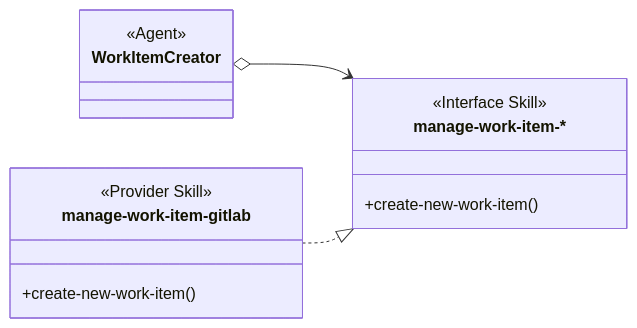
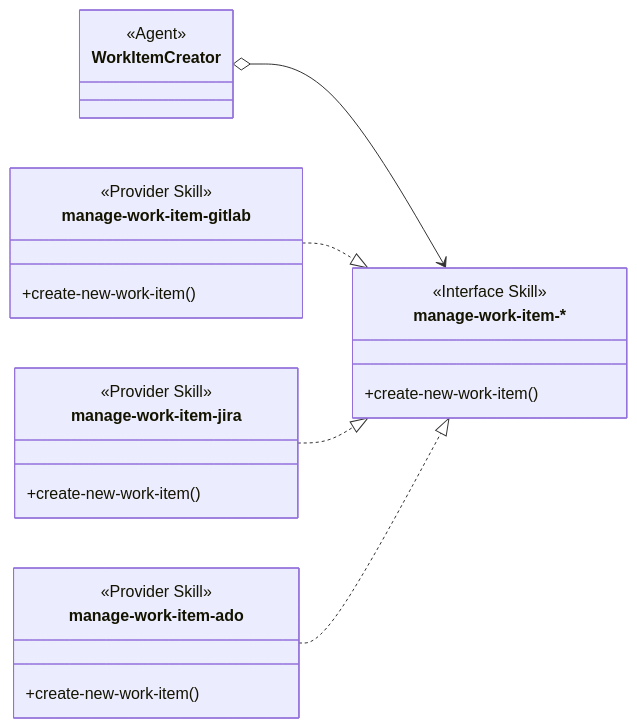
Before and after one commit to martinbechard/dev-methodology: the eighth of 16 diagrams in design/object-oriented-agent-and-skill-model.md, drawn with Mermaid. The commit also changed other lines of this file and 2 other files, not shown here.

Commit message:
docs: show alternative work-item providers

````diff
--- a/design/object-oriented-agent-and-skill-model.md
+++ b/design/object-oriented-agent-and-skill-model.md
@@ -319,21 +319,33 @@
 ```mermaid
 classDiagram
     direction LR
 
     class WorkItemCreator {
         <<Agent>>
     }
 
     class manage-work-item["manage-work-item-*"] {
         <<Interface Skill>>
         +create-new-work-item()
     }
 
     class manage-work-item-gitlab {
         <<Provider Skill>>
         +create-new-work-item()
     }
 
+    class manage-work-item-jira {
+        <<Provider Skill>>
+        +create-new-work-item()
+    }
+
+    class manage-work-item-ado {
+        <<Provider Skill>>
+        +create-new-work-item()
+    }
+
     WorkItemCreator o--> manage-work-item
     manage-work-item-gitlab ..|> manage-work-item
+    manage-work-item-jira ..|> manage-work-item
+    manage-work-item-ado ..|> manage-work-item
 ```
````
